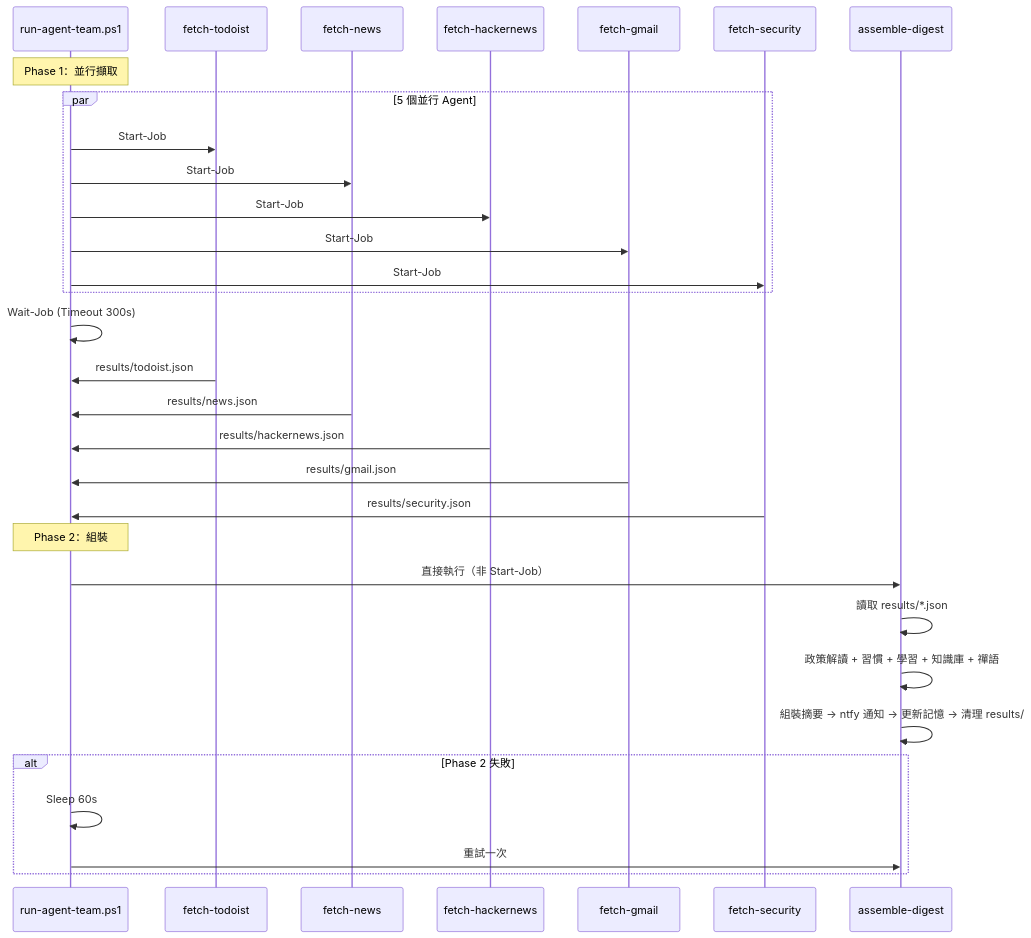
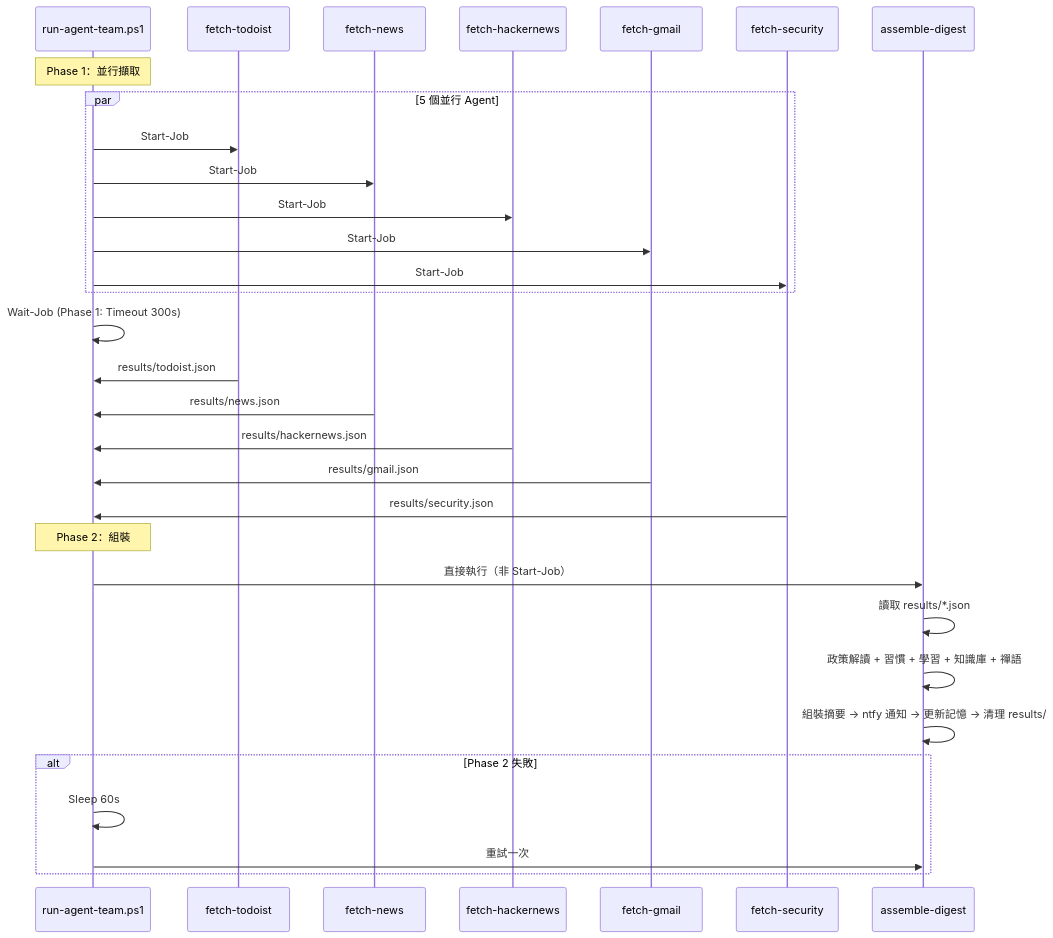
The seventh of 9 diagrams in specs/system-docs/ssd.md (wangsc2024/daily-digest-prompt), drawn with Mermaid before and after one commit. The commit also changed other lines of this file and 51 other files, not shown here.

````diff
--- a/specs/system-docs/ssd.md
+++ b/specs/system-docs/ssd.md
@@ -1534,38 +1687,38 @@
 ```mermaid
 sequenceDiagram
     participant PS as run-agent-team.ps1
     participant A1 as fetch-todoist
     participant A2 as fetch-news
     participant A3 as fetch-hackernews
     participant A4 as fetch-gmail
     participant A5 as fetch-security
     participant Asm as assemble-digest
 
     Note over PS: Phase 1：並行擷取
     par 5 個並行 Agent
         PS->>A1: Start-Job
         PS->>A2: Start-Job
         PS->>A3: Start-Job
         PS->>A4: Start-Job
         PS->>A5: Start-Job
     end
 
-    PS->>PS: Wait-Job (Timeout 300s)
+    PS->>PS: Wait-Job (Phase 1: Timeout 300s)
 
     A1->>PS: results/todoist.json
     A2->>PS: results/news.json
     A3->>PS: results/hackernews.json
     A4->>PS: results/gmail.json
     A5->>PS: results/security.json
 
     Note over PS: Phase 2：組裝
     PS->>Asm: 直接執行（非 Start-Job）
     Asm->>Asm: 讀取 results/*.json
     Asm->>Asm: 政策解讀 + 習慣 + 學習 + 知識庫 + 禪語
     Asm->>Asm: 組裝摘要 → ntfy 通知 → 更新記憶 → 清理 results/
 
     alt Phase 2 失敗
         PS->>PS: Sleep 60s
         PS->>Asm: 重試一次
     end
 ```
````
